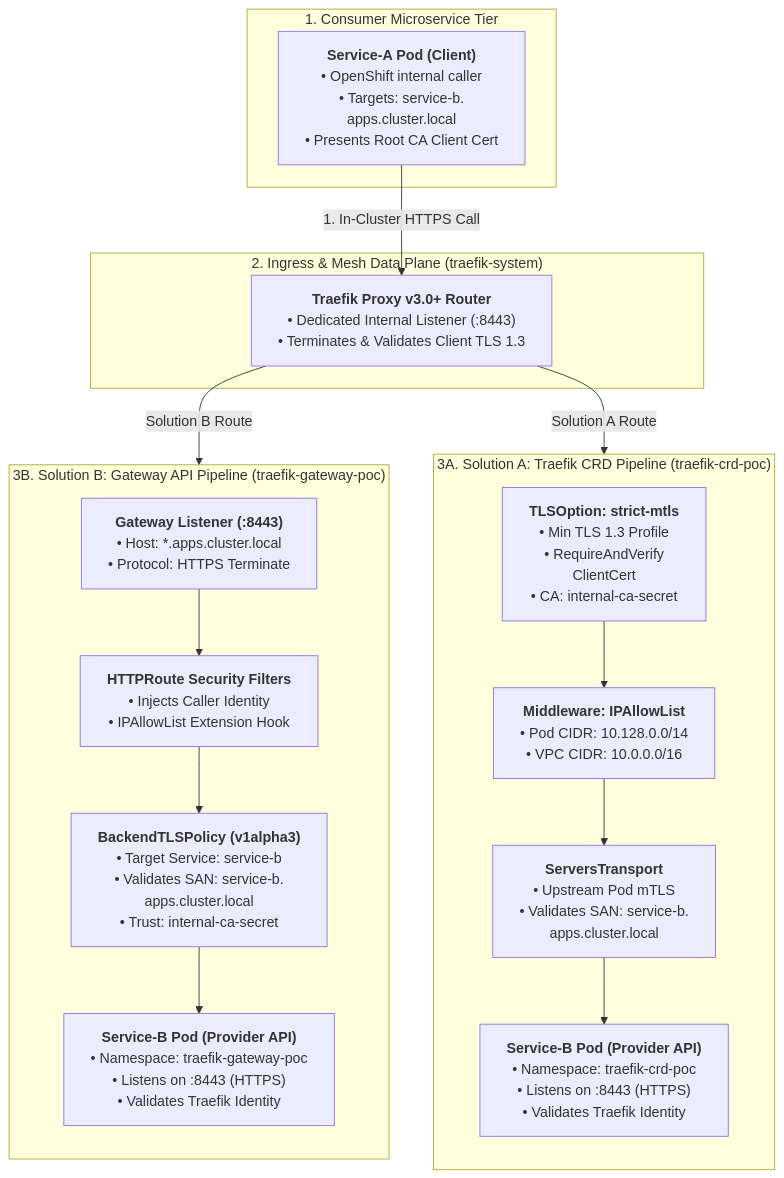
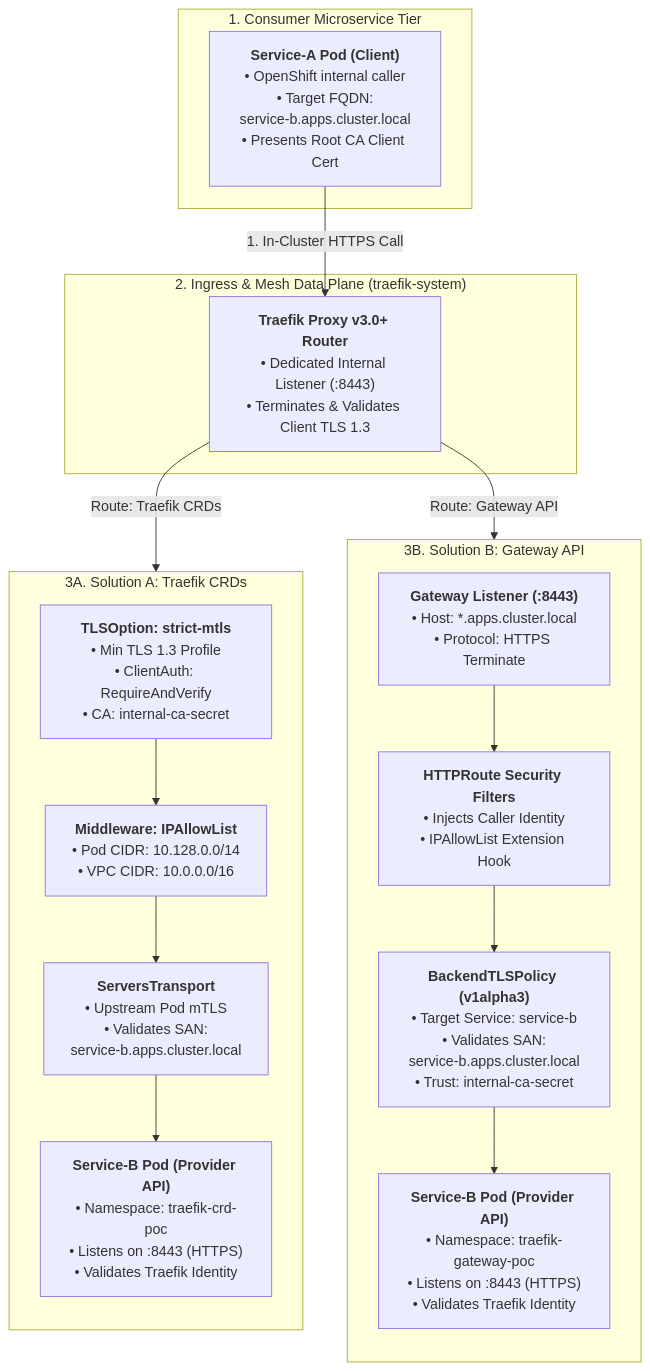
The second of 2 diagrams in README.md (nubenetes/traefik-fqdn-management-poc-openshift-aws), drawn with Mermaid before and after one commit. The commit also changed other lines of this file and 1 other file, not shown here.

Commit message:
fix(mermaid): resolve subgraph title collision, edge overlapping, and node vertex clipping across all diagrams

````diff
--- a/README.md
+++ b/README.md
@@ -170,33 +169,32 @@
 ```mermaid
-%%{init: {"flowchart": {"wrappingWidth": 280}}}%%
 flowchart TD
     subgraph Client_Tier ["1. Consumer Microservice Tier"]
-        ServiceA["<b>Service-A Pod (Client)</b><br/>• OpenShift internal caller<br/>• Targets: service-b.<br/>apps.cluster.local<br/>• Presents Root CA Client Cert"]
+        ServiceA["<b>Service-A Pod (Client)</b><br/>• OpenShift internal caller<br/>• Target FQDN:<br/>service-b.apps.cluster.local<br/>• Presents Root CA Client Cert"]
     end
 
     subgraph Ingress_Tier ["2. Ingress & Mesh Data Plane (traefik-system)"]
         TraefikInternal["<b>Traefik Proxy v3.0+ Router</b><br/>• Dedicated Internal Listener (:8443)<br/>• Terminates & Validates Client TLS 1.3"]
     end
 
-    subgraph SolA ["3A. Solution A: Traefik CRD Pipeline (traefik-crd-poc)"]
+    subgraph SolA ["3A. Solution A: Traefik CRDs"]
         direction TB
-        TLSOption["<b>TLSOption: strict-mtls</b><br/>• Min TLS 1.3 Profile<br/>• RequireAndVerify<br/>ClientCert<br/>• CA: internal-ca-secret"]
+        TLSOption["<b>TLSOption: strict-mtls</b><br/>• Min TLS 1.3 Profile<br/>• ClientAuth: RequireAndVerify<br/>• CA: internal-ca-secret"]
         MW_IP["<b>Middleware: IPAllowList</b><br/>• Pod CIDR: 10.128.0.0/14<br/>• VPC CIDR: 10.0.0.0/16"]
-        ST["<b>ServersTransport</b><br/>• Upstream Pod mTLS<br/>• Validates SAN: service-b.<br/>apps.cluster.local"]
+        ST["<b>ServersTransport</b><br/>• Upstream Pod mTLS<br/>• Validates SAN:<br/>service-b.apps.cluster.local"]
         ServiceB_A["<b>Service-B Pod (Provider API)</b><br/>• Namespace: traefik-crd-poc<br/>• Listens on :8443 (HTTPS)<br/>• Validates Traefik Identity"]
         TLSOption --> MW_IP --> ST --> ServiceB_A
     end
 
-    subgraph SolB ["3B. Solution B: Gateway API Pipeline (traefik-gateway-poc)"]
+    subgraph SolB ["3B. Solution B: Gateway API"]
         direction TB
         GW_Internal["<b>Gateway Listener (:8443)</b><br/>• Host: *.apps.cluster.local<br/>• Protocol: HTTPS Terminate"]
         HR_Filter["<b>HTTPRoute Security Filters</b><br/>• Injects Caller Identity<br/>• IPAllowList Extension Hook"]
-        BTLP["<b>BackendTLSPolicy (v1alpha3)</b><br/>• Target Service: service-b<br/>• Validates SAN: service-b.<br/>apps.cluster.local<br/>• Trust: internal-ca-secret"]
+        BTLP["<b>BackendTLSPolicy (v1alpha3)</b><br/>• Target Service: service-b<br/>• Validates SAN:<br/>service-b.apps.cluster.local<br/>• Trust: internal-ca-secret"]
         ServiceB_B["<b>Service-B Pod (Provider API)</b><br/>• Namespace: traefik-gateway-poc<br/>• Listens on :8443 (HTTPS)<br/>• Validates Traefik Identity"]
         GW_Internal --> HR_Filter --> BTLP --> ServiceB_B
     end
 
     ServiceA -->|"1. In-Cluster HTTPS Call"| TraefikInternal
-    TraefikInternal -->|"Solution A Route"| TLSOption
-    TraefikInternal -->|"Solution B Route"| GW_Internal
+    TraefikInternal -->|"Route: Traefik CRDs"| SolA
+    TraefikInternal -->|"Route: Gateway API"| SolB
 ```
````
